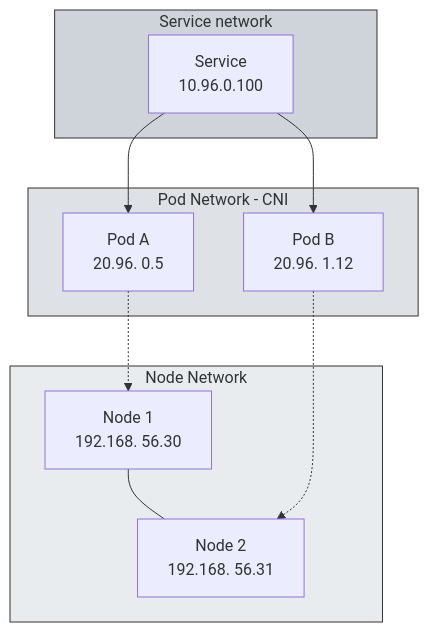
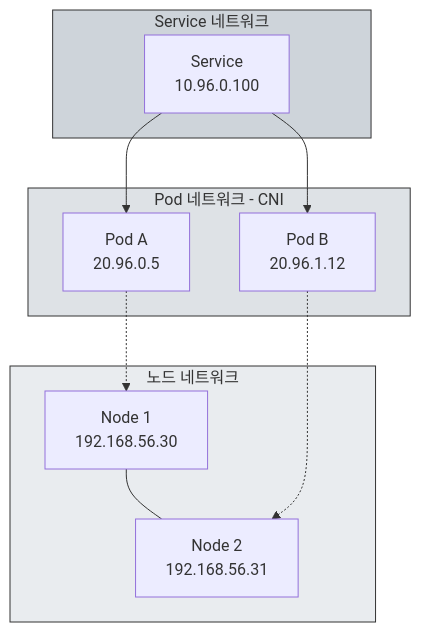
One commit to doxxx93/doxxx.dev changed the fourth of 9 diagrams in i18n/en/docusaurus-plugin-content-blog/2026-01-05/the-weight-of-kubernetes-installation.md. Above: the diagram before and after it, drawn with Mermaid. The commit also changed other lines of this file and 4 other files, not shown here.

````diff
--- a/i18n/en/docusaurus-plugin-content-blog/2026-01-05/the-weight-of-kubernetes-installation.md
+++ b/i18n/en/docusaurus-plugin-content-blog/2026-01-05/the-weight-of-kubernetes-installation.md
@@ -131,26 +131,26 @@
 ```mermaid
 graph TB
-    subgraph L1["Node Network"]
-        Node1["Node 1<br/>192.168. 56.30"]
-        Node2["Node 2<br/>192.168. 56.31"]
+    subgraph L1["노드 네트워크"]
+        Node1["Node 1<br/>192.168.56.30"]
+        Node2["Node 2<br/>192.168.56.31"]
     end
 
-    subgraph L2["Pod Network - CNI"]
-        Pod1["Pod A<br/>20.96. 0.5"]
-        Pod2["Pod B<br/>20.96. 1.12"]
+    subgraph L2["Pod 네트워크 - CNI"]
+        Pod1["Pod A<br/>20.96.0.5"]
+        Pod2["Pod B<br/>20.96.1.12"]
     end
 
-    subgraph L3["Service network"]
+    subgraph L3["Service 네트워크"]
         Svc1["Service<br/>10.96.0.100"]
     end
 
     Node1 --- Node2
     Pod1 -.-> Node1
     Pod2 -.-> Node2
     Svc1 --> Pod1
     Svc1 --> Pod2
 
     style L1 fill:#e9ecef,stroke:#333
     style L2 fill:#dee2e6,stroke:#333
     style L3 fill:#ced4da,stroke:#333
 ```
````
